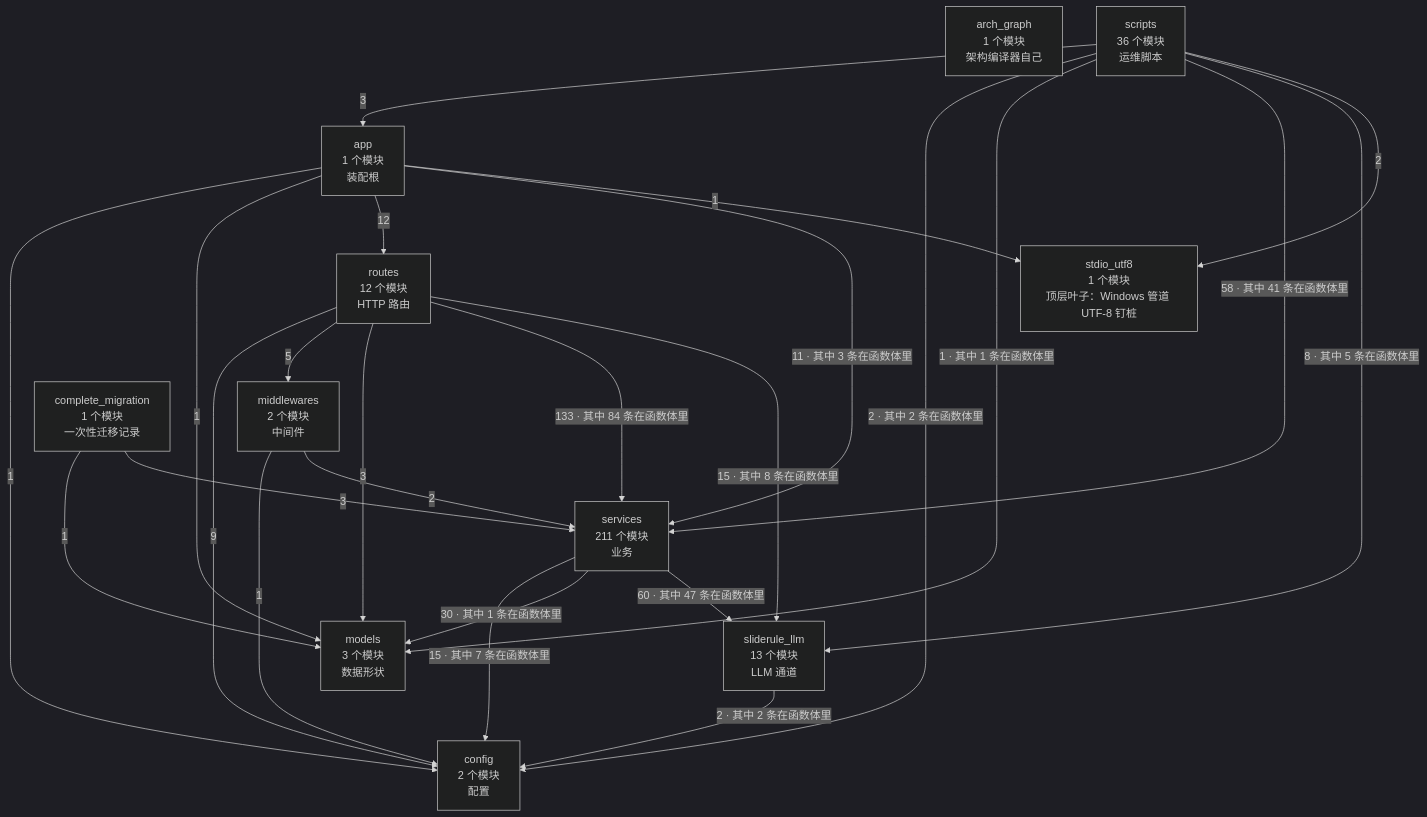
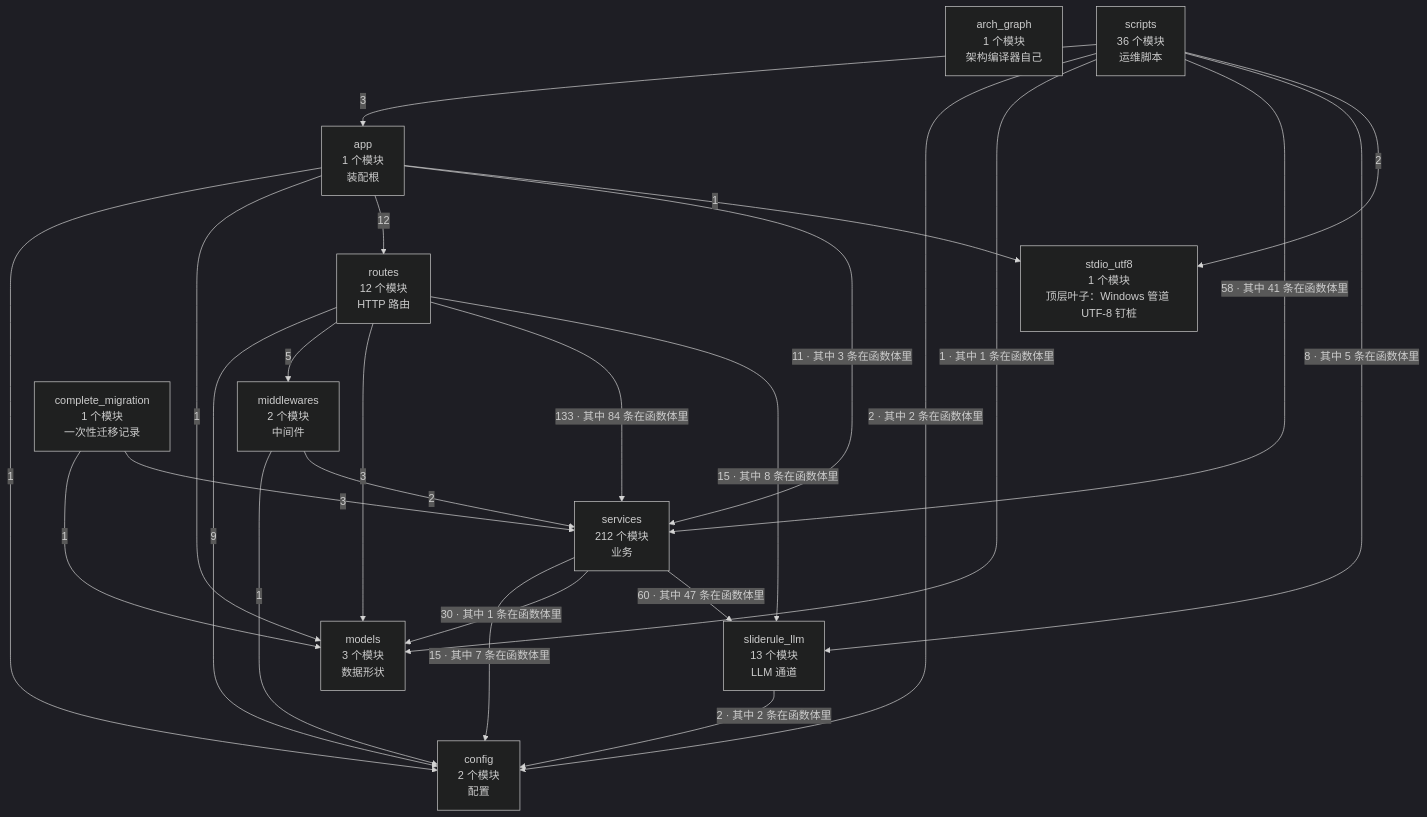
One commit to 2686521696/WhyBuddy changed the second of 4 diagrams in docs/SlideRule V6.2 架构图（自动生成）.md. Above: the diagram before and after it, drawn with Mermaid (dark theme). The commit also changed other lines of this file and 13 other files, not shown here.

````diff
--- a/docs/SlideRule V6.2 架构图（自动生成）.md
+++ b/docs/SlideRule V6.2 架构图（自动生成）.md
@@ -60,38 +60,38 @@
 ```mermaid
 flowchart TB
   arch_graph["arch_graph<br/>1 个模块<br/>架构编译器自己"]
   config["config<br/>2 个模块<br/>配置"]
   models["models<br/>3 个模块<br/>数据形状"]
   stdio_utf8["stdio_utf8<br/>1 个模块<br/>顶层叶子：Windows 管道 UTF-8 钉桩"]
   sliderule_llm["sliderule_llm<br/>13 个模块<br/>LLM 通道"]
   middlewares["middlewares<br/>2 个模块<br/>中间件"]
-  services["services<br/>211 个模块<br/>业务"]
+  services["services<br/>212 个模块<br/>业务"]
   routes["routes<br/>12 个模块<br/>HTTP 路由"]
   app["app<br/>1 个模块<br/>装配根"]
   complete_migration["complete_migration<br/>1 个模块<br/>一次性迁移记录"]
   scripts["scripts<br/>36 个模块<br/>运维脚本"]
   app -->|1| config
   app -->|1| models
   app -->|12| routes
   app -->|11 · 其中 3 条在函数体里| services
   app -->|1| stdio_utf8
   complete_migration -->|1| models
   complete_migration -->|3| services
   middlewares -->|1| config
   middlewares -->|2| services
   routes -->|9| config
   routes -->|5| middlewares
   routes -->|3| models
   routes -->|133 · 其中 84 条在函数体里| services
   routes -->|15 · 其中 8 条在函数体里| sliderule_llm
   scripts -->|3| app
   scripts -->|2 · 其中 2 条在函数体里| config
   scripts -->|1 · 其中 1 条在函数体里| models
   scripts -->|58 · 其中 41 条在函数体里| services
   scripts -->|8 · 其中 5 条在函数体里| sliderule_llm
   scripts -->|2| stdio_utf8
   services -->|15 · 其中 7 条在函数体里| config
   services -->|30 · 其中 1 条在函数体里| models
   services -->|60 · 其中 47 条在函数体里| sliderule_llm
   sliderule_llm -->|2 · 其中 2 条在函数体里| config
 ```
````
